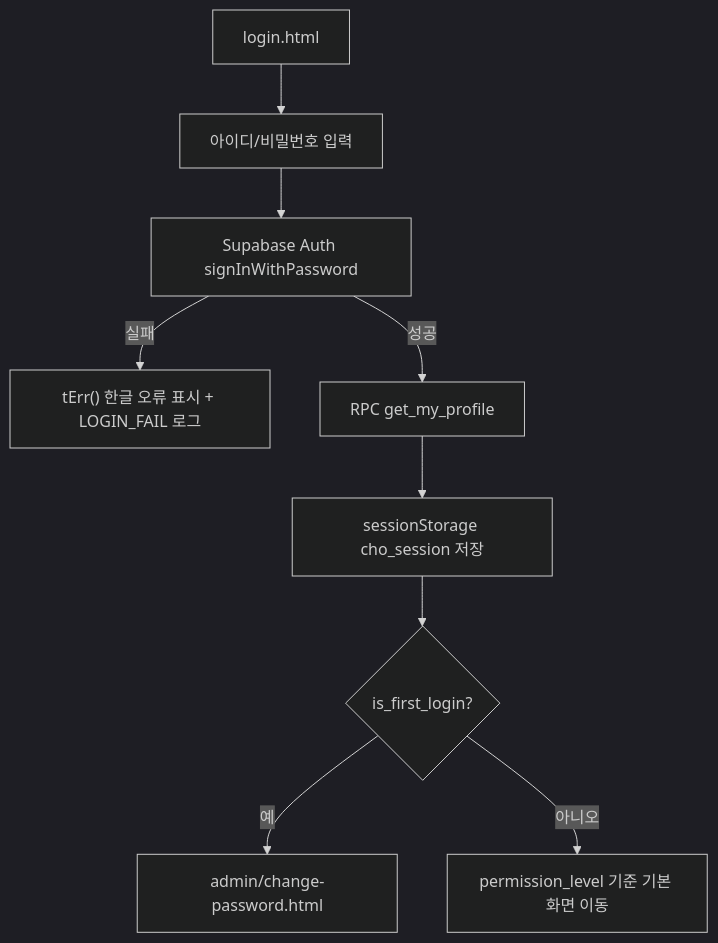
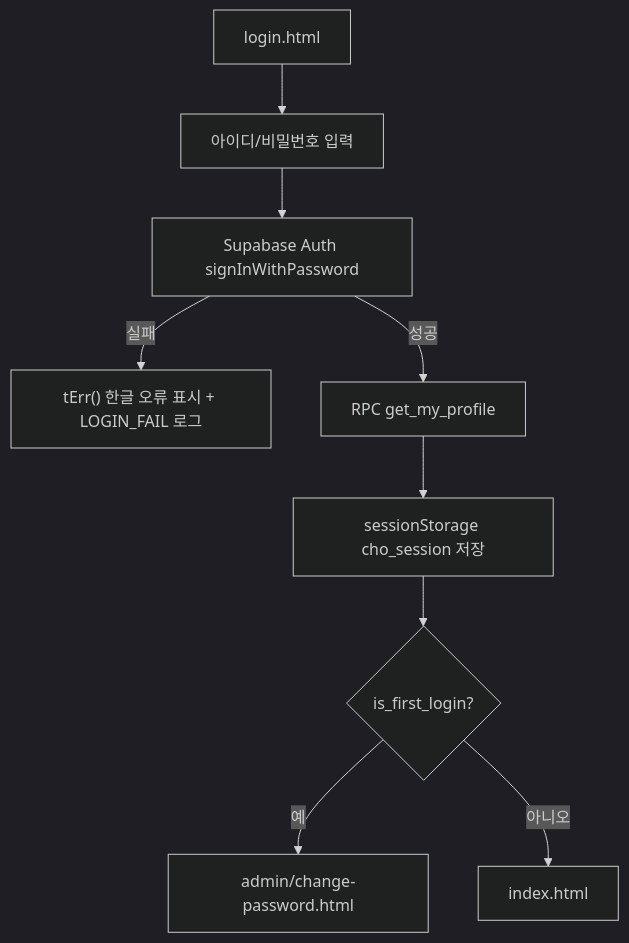
One commit to CHO-Talents/CHO-Talents changed the second of 6 diagrams in README.md. Above: the diagram before and after it, drawn with Mermaid (dark theme). The commit also changed other lines of this file and 4 other files, not shown here.

````diff
--- a/README.md
+++ b/README.md
@@ -190,11 +198,11 @@
 ```mermaid
 flowchart TD
   Start["login.html"] --> Input["아이디/비밀번호 입력"]
   Input --> Auth["Supabase Auth signInWithPassword"]
   Auth -->|실패| Fail["tErr() 한글 오류 표시 + LOGIN_FAIL 로그"]
   Auth -->|성공| Profile["RPC get_my_profile"]
   Profile --> Session["sessionStorage cho_session 저장"]
   Session --> First{"is_first_login?"}
   First -->|예| Change["admin/change-password.html"]
-  First -->|아니오| Role["permission_level 기준 기본 화면 이동"]
+  First -->|아니오| Home["index.html"]
 ```
````
